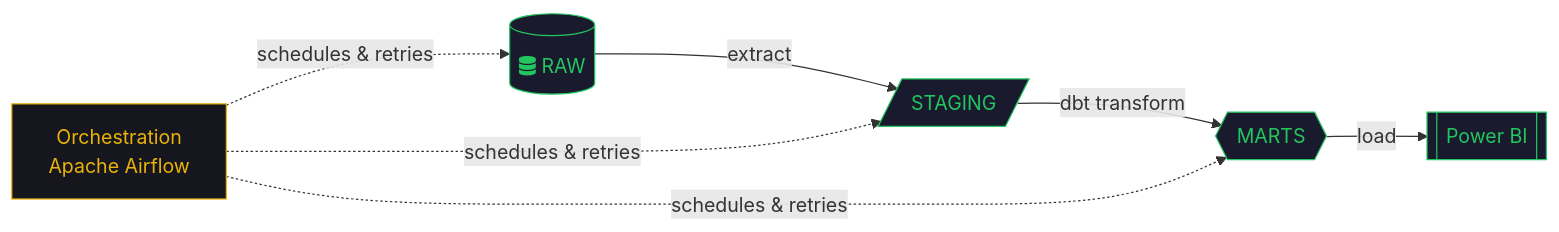
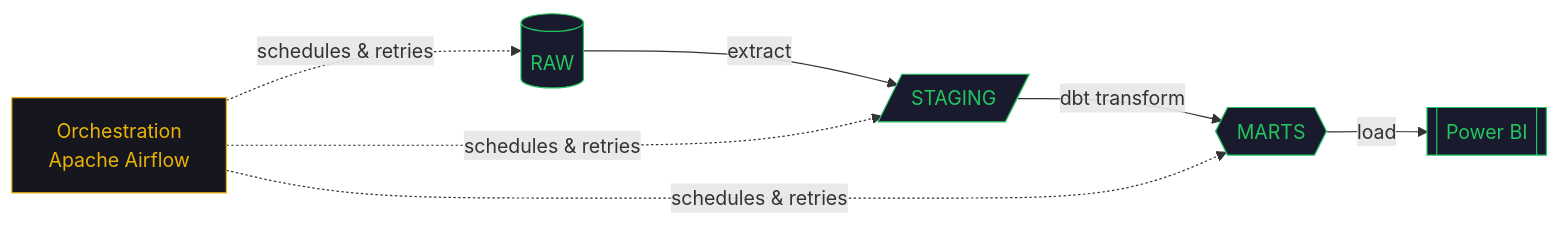
One commit to LEAKONO/LEAKONO changed the diagram in README.md. Above: the diagram before and after it, drawn with Mermaid. The commit also changed other lines of this file, not shown here.

````diff
--- a/README.md
+++ b/README.md
@@ -80,15 +93,15 @@
 ```mermaid
 flowchart LR
-    A[("fa:fa-database RAW")] -->|extract| B[/"STAGING"/]
+    A[("RAW")] -->|extract| B[/"STAGING"/]
     B -->|dbt transform| C{{"MARTS"}}
     C -->|load| D[["Power BI"]]
     E["Orchestration\nApache Airflow"] -.schedules & retries.-> A
     E -.schedules & retries.-> B
     E -.schedules & retries.-> C
 
     style A fill:#1a1a2e,stroke:#22C55E,color:#22C55E
     style B fill:#1a1a2e,stroke:#22C55E,color:#22C55E
     style C fill:#1a1a2e,stroke:#22C55E,color:#22C55E
     style D fill:#1a1a2e,stroke:#22C55E,color:#22C55E
     style E fill:#16161f,stroke:#eab308,color:#eab308
 ```
````
